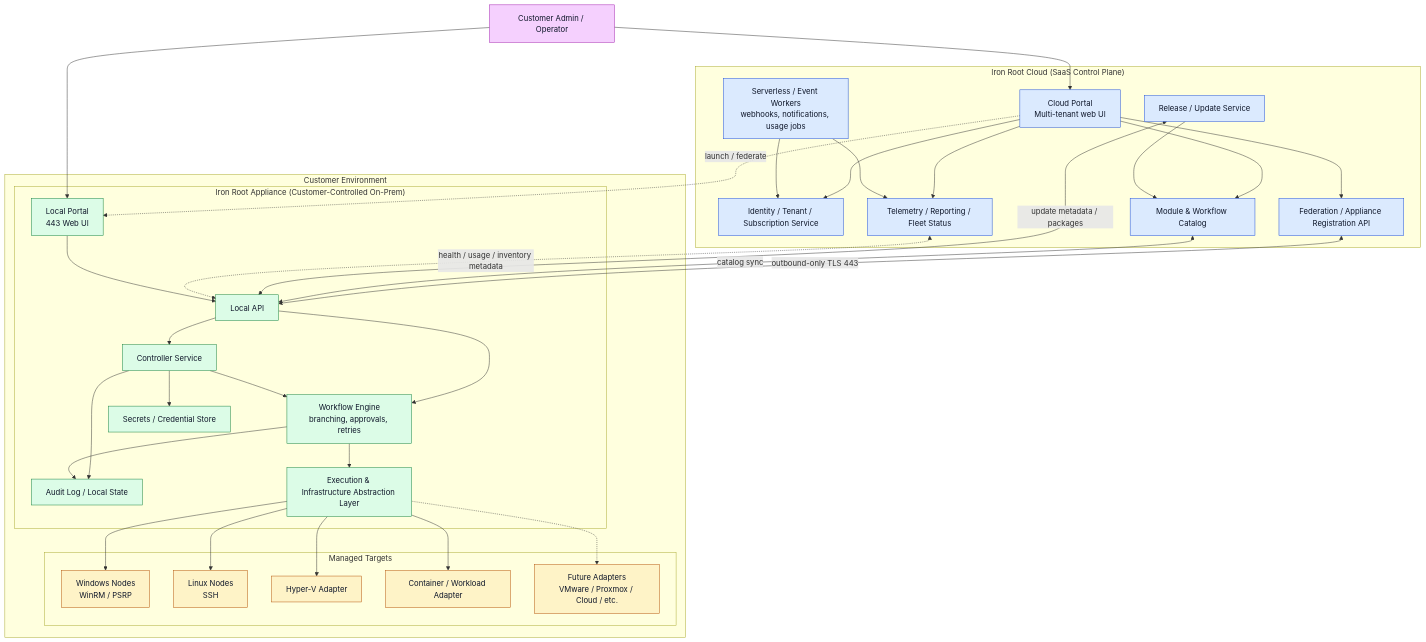
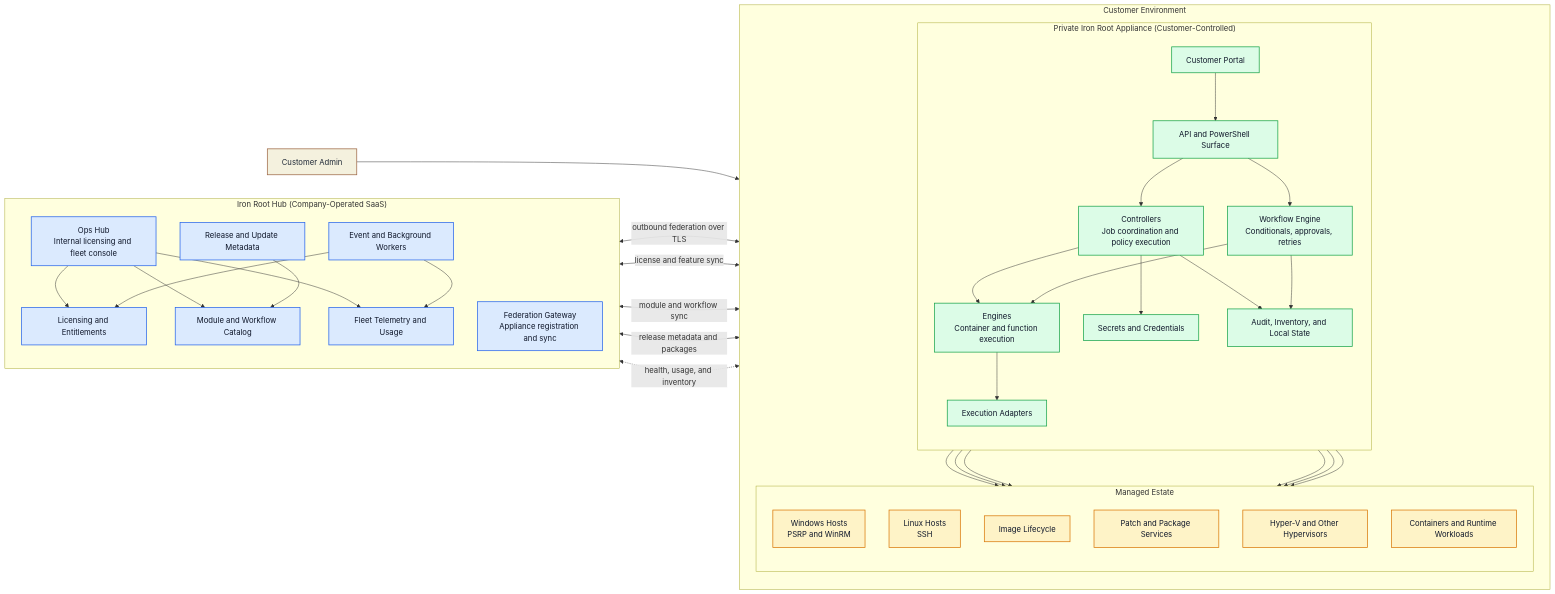
The diagram in iron-root-hybrid-architecture.mmd (hail2skins/ironroot), drawn with Mermaid before and after one commit. The commit also changed 1 other file, not shown here.

Commit message:
IRON-2 Mermaid update and Readme

```diff
--- a/iron-root-hybrid-architecture.mmd
+++ b/iron-root-hybrid-architecture.mmd
@@ -1,76 +1,83 @@
-flowchart TB
-    %% Iron Root hybrid architecture - v1
+flowchart LR
+    %% Iron Root concept architecture for IRON-2
 
-    User["Customer Admin / Operator"]
+    Customer["Customer Admin"]
 
-    subgraph Cloud["Iron Root Cloud (SaaS Control Plane)"]
-        CloudPortal["Cloud Portal\nMulti-tenant web UI"]
-        Identity["Identity / Tenant / Subscription Service"]
-        Catalog["Module & Workflow Catalog"]
-        Release["Release / Update Service"]
-        Telemetry["Telemetry / Reporting / Fleet Status"]
-        Federation["Federation / Appliance Registration API"]
-        Events["Serverless / Event Workers\nwebhooks, notifications, usage jobs"]
+    subgraph Hub["Iron Root Hub (Company-Operated SaaS)"]
+        direction TB
+        HubPortal["Ops Hub<br/>Internal licensing and fleet console"]
+        Entitlements["Licensing and Entitlements"]
+        Catalog["Module and Workflow Catalog"]
+        Release["Release and Update Metadata"]
+        Fleet["Fleet Telemetry and Usage"]
+        Federation["Federation Gateway<br/>Appliance registration and sync"]
+        Workers["Event and Background Workers"]
     end
 
-    subgraph Customer["Customer Environment"]
-        subgraph Appliance["Iron Root Appliance (Customer-Controlled On-Prem)"]
-            LocalPortal["Local Portal\n443 Web UI"]
-            LocalAPI["Local API"]
-            Controller["Controller Service"]
-            Workflow["Workflow Engine\nbranching, approvals, retries"]
-            Secrets["Secrets / Credential Store"]
-            Audit["Audit Log / Local State"]
-            AdapterLayer["Execution & Infrastructure Abstraction Layer"]
+    subgraph Estate["Customer Environment"]
+        direction TB
+
+        subgraph Appliance["Private Iron Root Appliance (Customer-Controlled)"]
+            direction TB
+            Portal["Customer Portal"]
+            API["API and PowerShell Surface"]
+            Control["Controllers<br/>Job coordination and policy execution"]
+            Runtime["Engines<br/>Container and function execution"]
+            Workflows["Workflow Engine<br/>Conditionals, approvals, retries"]
+            Secrets["Secrets and Credentials"]
+            State["Audit, Inventory, and Local State"]
+            Adapters["Execution Adapters"]
         end
 
-        subgraph Targets["Managed Targets"]
-            Windows["Windows Nodes\nWinRM / PSRP"]
-            Linux["Linux Nodes\nSSH"]
-            HyperV["Hyper-V Adapter"]
-            ContainerRuntime["Container / Workload Adapter"]
-            FutureAdapters["Future Adapters\nVMware / Proxmox / Cloud / etc."]
+        subgraph Managed["Managed Estate"]
+            direction TB
+            Windows["Windows Hosts<br/>PSRP and WinRM"]
+            Linux["Linux Hosts<br/>SSH"]
+            Images["Image Lifecycle"]
+            Packages["Patch and Package Services"]
+            Hypervisor["Hyper-V and Other Hypervisors"]
+            Containers["Containers and Runtime Workloads"]
         end
     end
 
-    User --> CloudPortal
-    User --> LocalPortal
+    Customer --> Portal
 
-    CloudPortal --> Identity
-    CloudPortal --> Telemetry
-    CloudPortal --> Catalog
-    CloudPortal --> Federation
+    HubPortal --> Entitlements
+    HubPortal --> Catalog
+    HubPortal --> Fleet
     Release --> Catalog
-    Events --> Telemetry
-    Events --> Identity
+    Workers --> Fleet
+    Workers --> Entitlements
 
-    CloudPortal -. "launch / federate" .-> LocalPortal
-    Federation <-->|"outbound-only TLS 443"| LocalAPI
-    Catalog <-->|"catalog sync"| LocalAPI
-    Release <-->|"update metadata / packages"| LocalAPI
-    Telemetry <-. "health / usage / inventory metadata" .-> LocalAPI
+    Federation <-->|"outbound federation over TLS"| API
+    Entitlements <-->|"license and feature sync"| API
+    Catalog <-->|"module and workflow sync"| API
+    Release <-->|"release metadata and packages"| API
+    Fleet <-. "health, usage, and inventory" .-> API
 
-    LocalPortal --> LocalAPI
-    LocalAPI --> Controller
-    LocalAPI --> Workflow
-    Controller --> Workflow
-    Controller --> Secrets
-    Controller --> Audit
-    Workflow --> Audit
-    Workflow --> AdapterLayer
+    Portal --> API
+    API --> Control
+    API --> Workflows
+    Control --> Runtime
+    Control --> Secrets
+    Control --> State
+    Workflows --> Runtime
+    Workflows --> State
+    Runtime --> Adapters
 
-    AdapterLayer --> Windows
-    AdapterLayer --> Linux
-    AdapterLayer --> HyperV
-    AdapterLayer --> ContainerRuntime
-    AdapterLayer -.-> FutureAdapters
+    Adapters --> Windows
+    Adapters --> Linux
+    Adapters --> Images
+    Adapters --> Packages
+    Adapters --> Hypervisor
+    Adapters --> Containers
 
-    classDef cloud fill:#dbeafe,stroke:#1d4ed8,color:#0f172a;
-    classDef appliance fill:#dcfce7,stroke:#15803d,color:#0f172a;
-    classDef target fill:#fef3c7,stroke:#b45309,color:#0f172a;
-    classDef user fill:#f5d0fe,stroke:#a21caf,color:#0f172a;
+    classDef user fill:#f4f1de,stroke:#9c6644,color:#1f2937,stroke-width:1.5px;
+    classDef hub fill:#dbeafe,stroke:#2563eb,color:#0f172a,stroke-width:1.5px;
+    classDef appliance fill:#dcfce7,stroke:#16a34a,color:#0f172a,stroke-width:1.5px;
+    classDef managed fill:#fef3c7,stroke:#d97706,color:#0f172a,stroke-width:1.5px;
 
-    class CloudPortal,Identity,Catalog,Release,Telemetry,Federation,Events cloud;
-    class LocalPortal,LocalAPI,Controller,Workflow,Secrets,Audit,AdapterLayer appliance;
-    class Windows,Linux,HyperV,ContainerRuntime,FutureAdapters target;
-    class User user;
+    class Customer user;
+    class HubPortal,Entitlements,Catalog,Release,Fleet,Federation,Workers hub;
+    class Portal,API,Control,Runtime,Workflows,Secrets,State,Adapters appliance;
+    class Windows,Linux,Images,Packages,Hypervisor,Containers managed;
```
